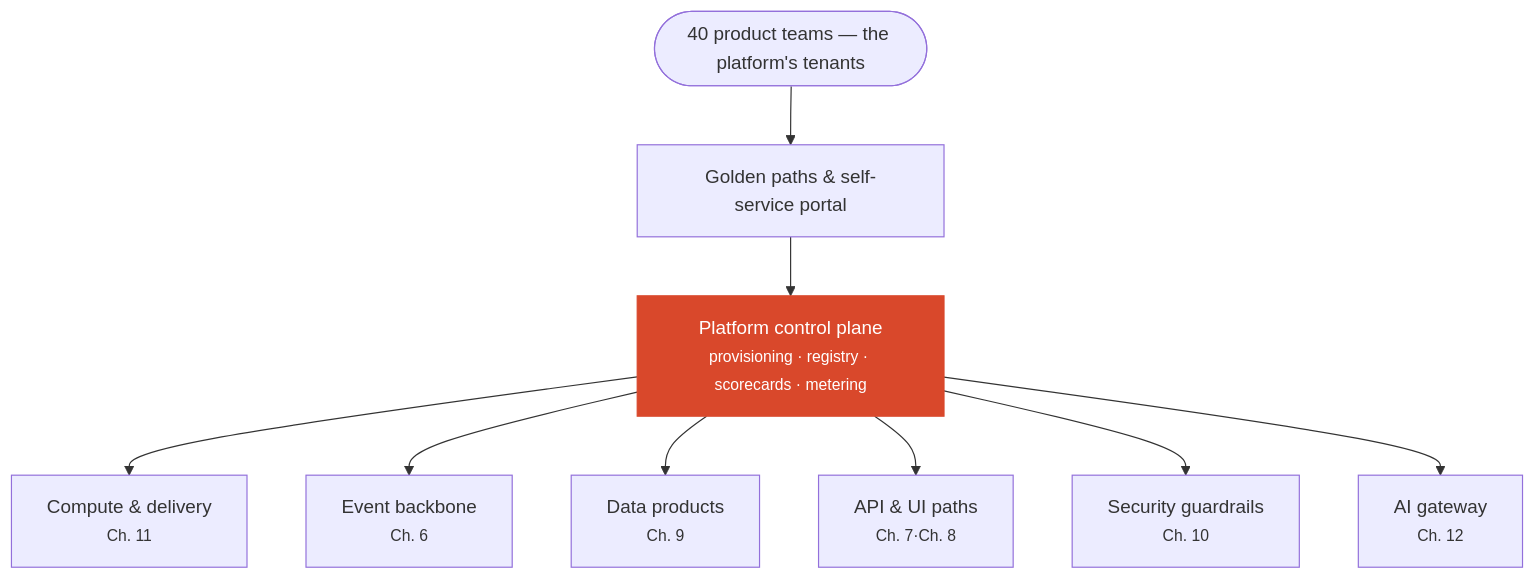
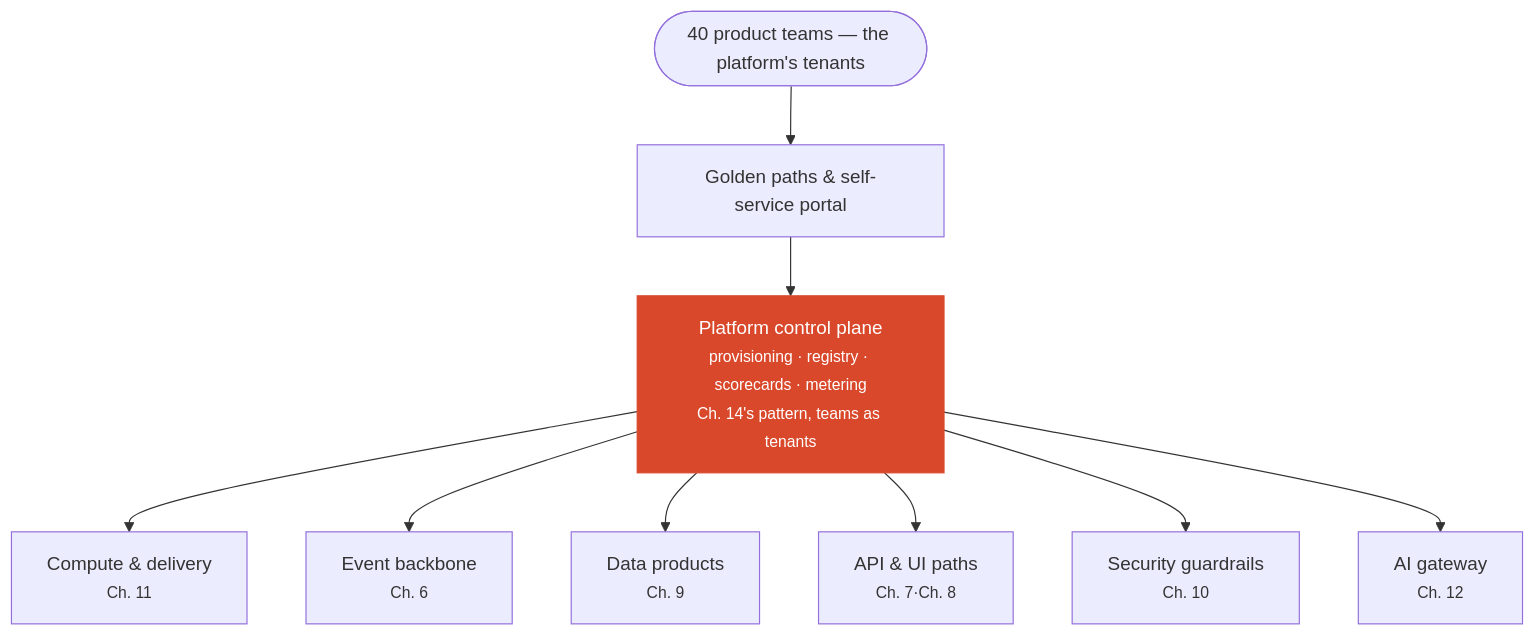
One commit to oleksiyp/arch-book changed diagram 23 of 23 in README.md. Above: the diagram before and after it, drawn with Mermaid. The commit also changed other lines of this file, not shown here.

```diff
--- a/README.md
+++ b/README.md
@@ -2455,8 +2557,8 @@
 <pre class="mermaid">
 flowchart TB
     teams(["40 product teams — the platform's tenants"]) --> paths["Golden paths & self-service portal"]
-    paths --> cp["Platform control plane<br/><small>provisioning · registry · scorecards · metering</small>"]
+    paths --> cp["Platform control plane<br/><small>provisioning · registry · scorecards · metering<br/>Ch. 14's pattern, teams as tenants</small>"]
     cp --> c["Compute & delivery<br/><small>Ch. 11</small>"] & e["Event backbone<br/><small>Ch. 6</small>"] & d["Data products<br/><small>Ch. 9</small>"] & a["API & UI paths<br/><small>Ch. 7·Ch. 8</small>"] & s["Security guardrails<br/><small>Ch. 10</small>"] & ai["AI gateway<br/><small>Ch. 12</small>"]
     classDef hot fill:#d9482b,stroke:#d9482b,color:#fff
     class cp hot
 </pre>
```
